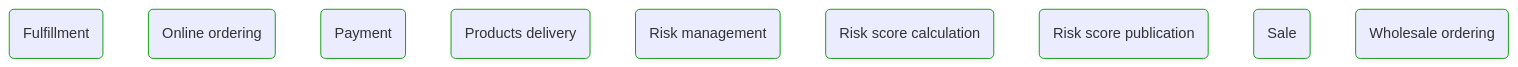
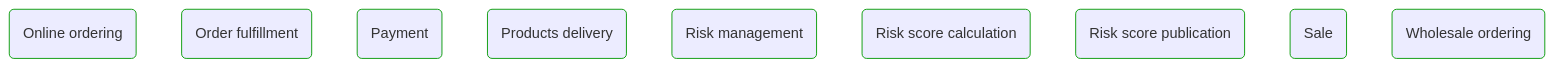
One commit to itlibrium/DDD-starter-dotnet changed the diagram in Docs/P3/MermaidOutput/Domain/Processes/BusinessProcesses.md. Above: the diagram before and after it, drawn with Mermaid. The commit also changed other lines of this file and 50 other files, not shown here.

````diff
--- a/Docs/P3/MermaidOutput/Domain/Processes/BusinessProcesses.md
+++ b/Docs/P3/MermaidOutput/Domain/Processes/BusinessProcesses.md
@@ -9,24 +9,24 @@
 ```mermaid
   flowchart TB
-    0(Fulfillment)
+    0(Online ordering)
     class 0 DomainPerspective
-    1(Online ordering)
+    1(Order fulfillment)
     class 1 DomainPerspective
     2(Payment)
     class 2 DomainPerspective
     3(Products delivery)
     class 3 DomainPerspective
     4(Risk management)
     class 4 DomainPerspective
     5(Risk score calculation)
     class 5 DomainPerspective
     6(Risk score publication)
     class 6 DomainPerspective
     7(Sale)
     class 7 DomainPerspective
     8(Wholesale ordering)
     class 8 DomainPerspective
     classDef DomainPerspective stroke:#009900
     classDef TechnologyPerspective stroke:#1F41EB
     classDef PeoplePerspective stroke:#FFF014
 ```
````
